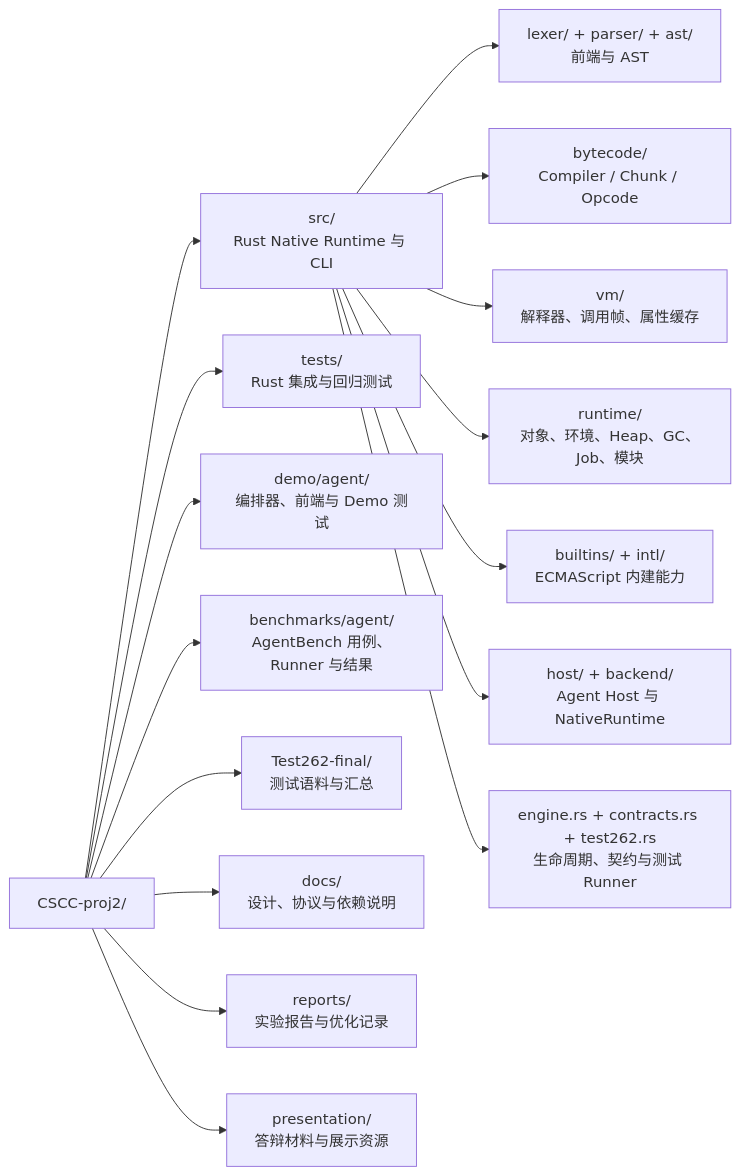
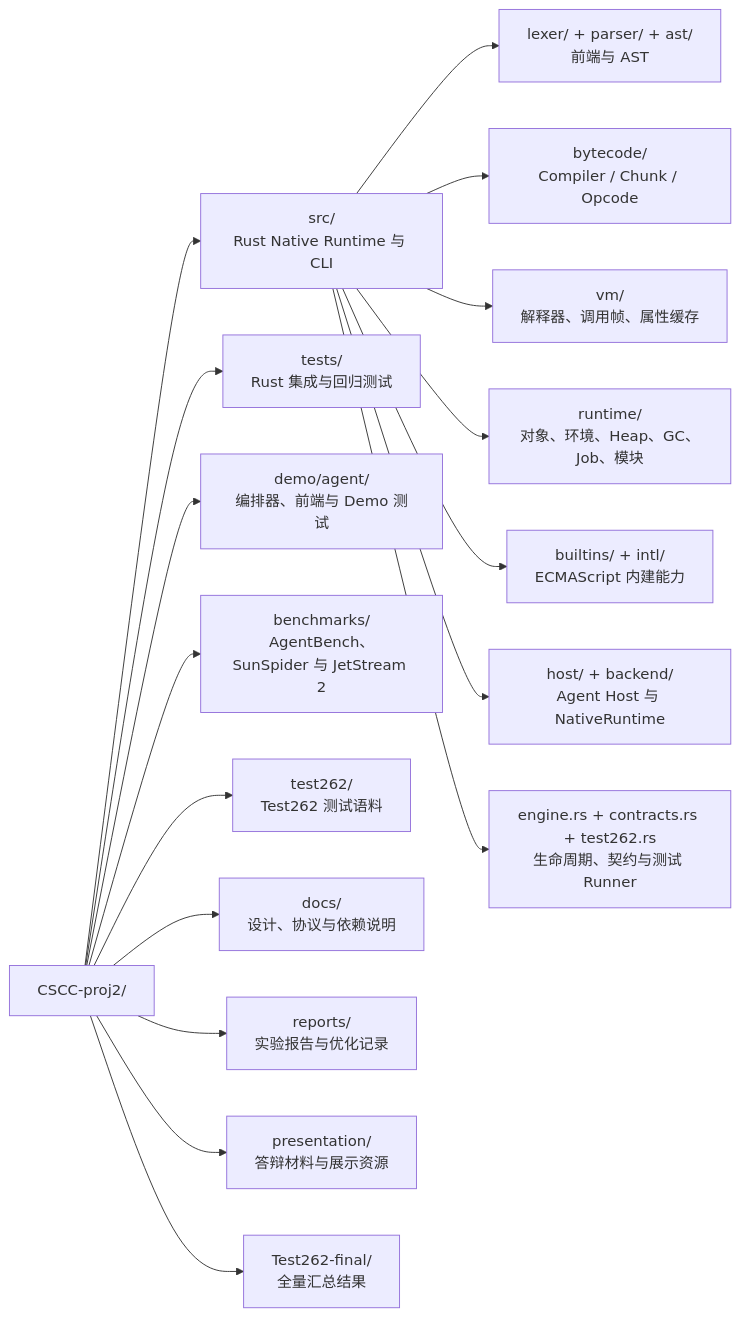
One commit to ChaiXinran/CSCC-proj2 changed the seventh of 9 diagrams in reports/agentjs-experiment-report.md. Above: the diagram before and after it, drawn with Mermaid. The commit also changed other lines of this file and 4 other files, not shown here.

````diff
--- a/reports/agentjs-experiment-report.md
+++ b/reports/agentjs-experiment-report.md
@@ -296,21 +295,22 @@
 ```mermaid
 flowchart LR
     A["CSCC-proj2/"]
 
     A --> B["src/<br/>Rust Native Runtime 与 CLI"]
     A --> C["tests/<br/>Rust 集成与回归测试"]
     A --> D["demo/agent/<br/>编排器、前端与 Demo 测试"]
-    A --> E["benchmarks/agent/<br/>AgentBench 用例、Runner 与结果"]
-    A --> F["Test262-final/<br/>测试语料与汇总"]
+    A --> E["benchmarks/<br/>AgentBench、SunSpider 与 JetStream 2"]
+    A --> F["test262/<br/>Test262 测试语料"]
     A --> G["docs/<br/>设计、协议与依赖说明"]
     A --> H["reports/<br/>实验报告与优化记录"]
     A --> I["presentation/<br/>答辩材料与展示资源"]
+    A --> J["Test262-final/<br/>全量汇总结果"]
 
     B --> B1["lexer/ + parser/ + ast/<br/>前端与 AST"]
     B --> B2["bytecode/<br/>Compiler / Chunk / Opcode"]
     B --> B3["vm/<br/>解释器、调用帧、属性缓存"]
     B --> B4["runtime/<br/>对象、环境、Heap、GC、Job、模块"]
     B --> B5["builtins/ + intl/<br/>ECMAScript 内建能力"]
     B --> B6["host/ + backend/<br/>Agent Host 与 NativeRuntime"]
     B --> B7["engine.rs + contracts.rs + test262.rs<br/>生命周期、契约与测试 Runner"]
 ```
````
